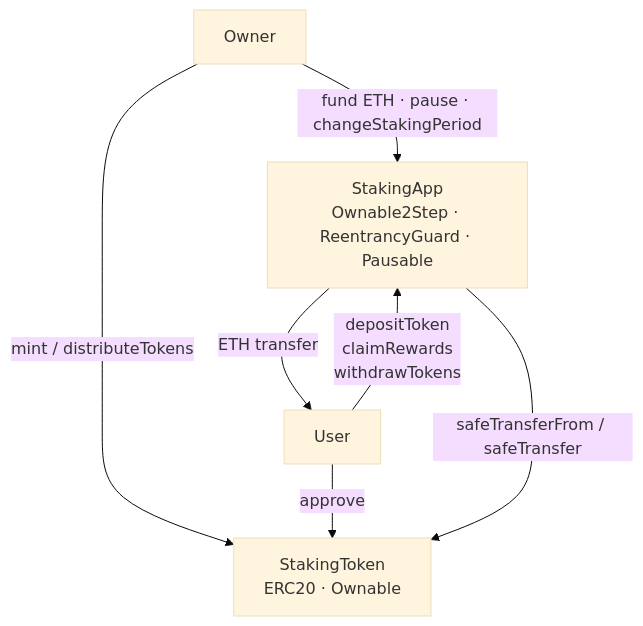
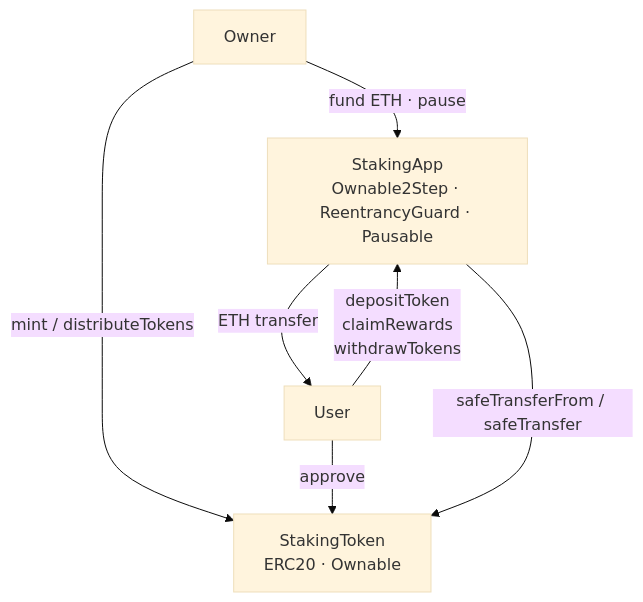
One commit to sergiiogg7/staking-protocol changed the first of 2 diagrams in README.md. Above: the diagram before and after it, drawn with Mermaid (base theme). The commit also changed other lines of this file and 7 other files, not shown here.

First line of the commit message:
refactor: make stakingPeriod immutable and remove changeStakingPeriod

````diff
--- a/README.md
+++ b/README.md
@@ -32,9 +32,9 @@
 ```mermaid
 graph TD
     Owner -->|mint / distributeTokens| STK[StakingToken\nERC20 · Ownable]
-    Owner -->|fund ETH · pause · changeStakingPeriod| APP[StakingApp\nOwnable2Step · ReentrancyGuard · Pausable]
+    Owner -->|fund ETH · pause| APP[StakingApp\nOwnable2Step · ReentrancyGuard · Pausable]
     User -->|approve| STK
     User -->|depositToken\nclaimRewards\nwithdrawTokens| APP
     APP -->|safeTransferFrom / safeTransfer| STK
     APP -->|ETH transfer| User
 ```
````
